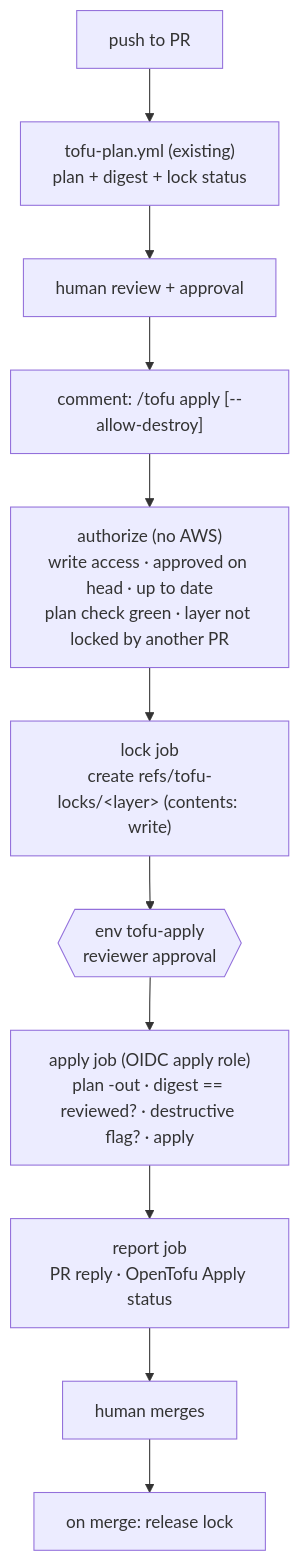
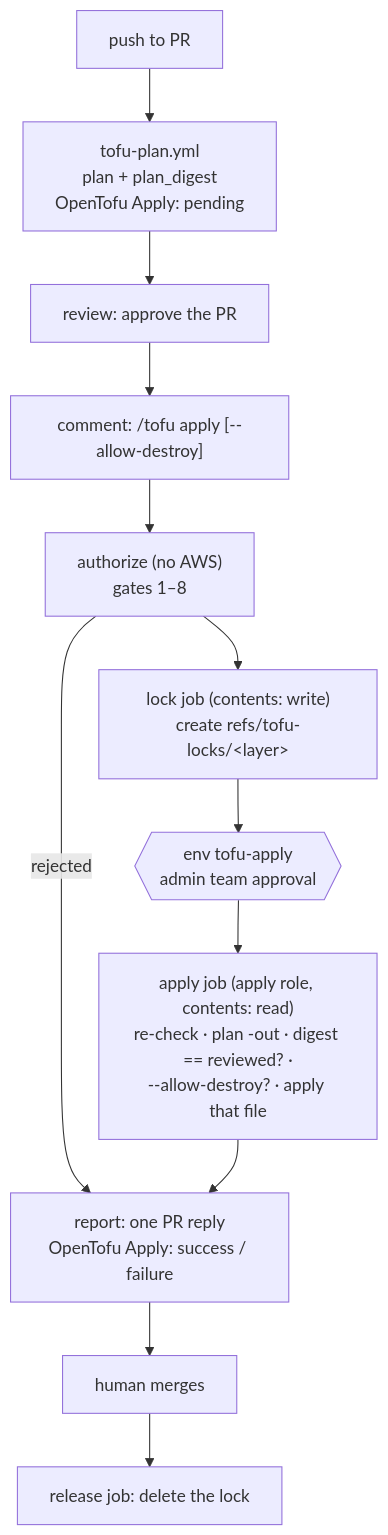
One commit to binbashar/le-tf-infra-aws changed the diagram in docs/ai-sdlc/tofu-apply.md. Above: the diagram before and after it, drawn with Mermaid. The commit also changed other lines of this file and 12 other files, not shown here.

First line of the commit message:
feat(ci): apply reviewed plans before merge with /tofu apply (#1248)

````diff
--- a/docs/ai-sdlc/tofu-apply.md
+++ b/docs/ai-sdlc/tofu-apply.md
@@ -25,13 +50,14 @@
 ```mermaid
 flowchart TD
-  P["push to PR"] --> PL["tofu-plan.yml (existing)<br/>plan + digest + lock status"]
-  PL --> R["human review + approval"]
+  P["push to PR"] --> PL["tofu-plan.yml<br/>plan + plan_digest<br/>OpenTofu Apply: pending"]
+  PL --> R["review: approve the PR"]
   R --> C["comment: /tofu apply [--allow-destroy]"]
-  C --> AU["authorize (no AWS)<br/>write access · approved on head · up to date<br/>plan check green · layer not locked by another PR"]
-  AU --> LK["lock job<br/>create refs/tofu-locks/&lt;layer&gt; (contents: write)"]
-  LK --> AP{{"env tofu-apply<br/>reviewer approval"}}
-  AP --> J["apply job (OIDC apply role)<br/>plan -out · digest == reviewed? · destructive flag? · apply"]
-  J --> RP["report job<br/>PR reply · OpenTofu Apply status"]
+  C --> AU["authorize (no AWS)<br/>gates 1–8"]
+  AU -- rejected --> RP
+  AU --> LK["lock job (contents: write)<br/>create refs/tofu-locks/&lt;layer&gt;"]
+  LK --> AP{{"env tofu-apply<br/>admin team approval"}}
+  AP --> J["apply job (apply role, contents: read)<br/>re-check · plan -out · digest == reviewed? ·<br/>--allow-destroy? · apply that file"]
+  J --> RP["report: one PR reply<br/>OpenTofu Apply: success / failure"]
   RP --> M["human merges"]
-  M --> UL["on merge: release lock"]
+  M --> UL["release job: delete the lock"]
 ```
````
